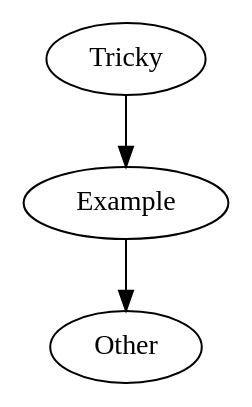
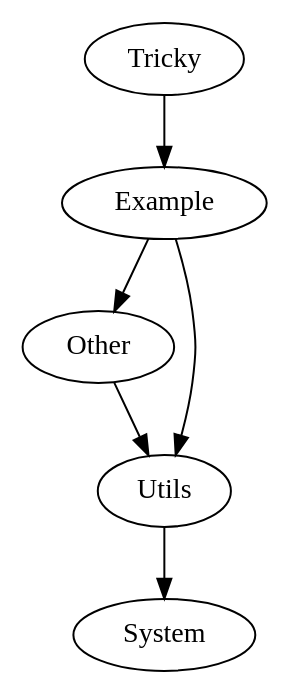
The diagram in graph.dot (Zebzab7/programanalysis), drawn with Graphviz before and after one commit. The commit also changed 1 other file, not shown here.

```diff
--- a/graph.dot
+++ b/graph.dot
@@ -1,4 +1,7 @@
 digraph G {
+Other -> Utils
 Tricky -> Example
+Utils -> System
+Example -> Utils
 Example -> Other
 }
```
